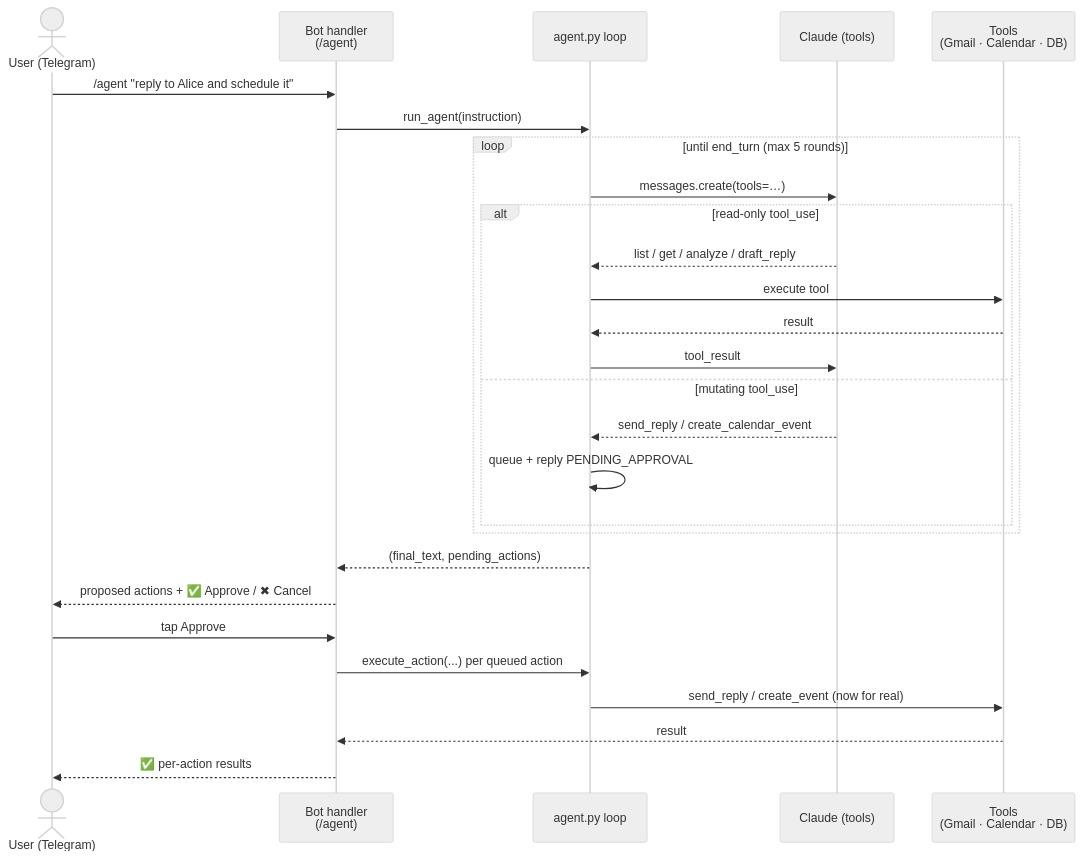
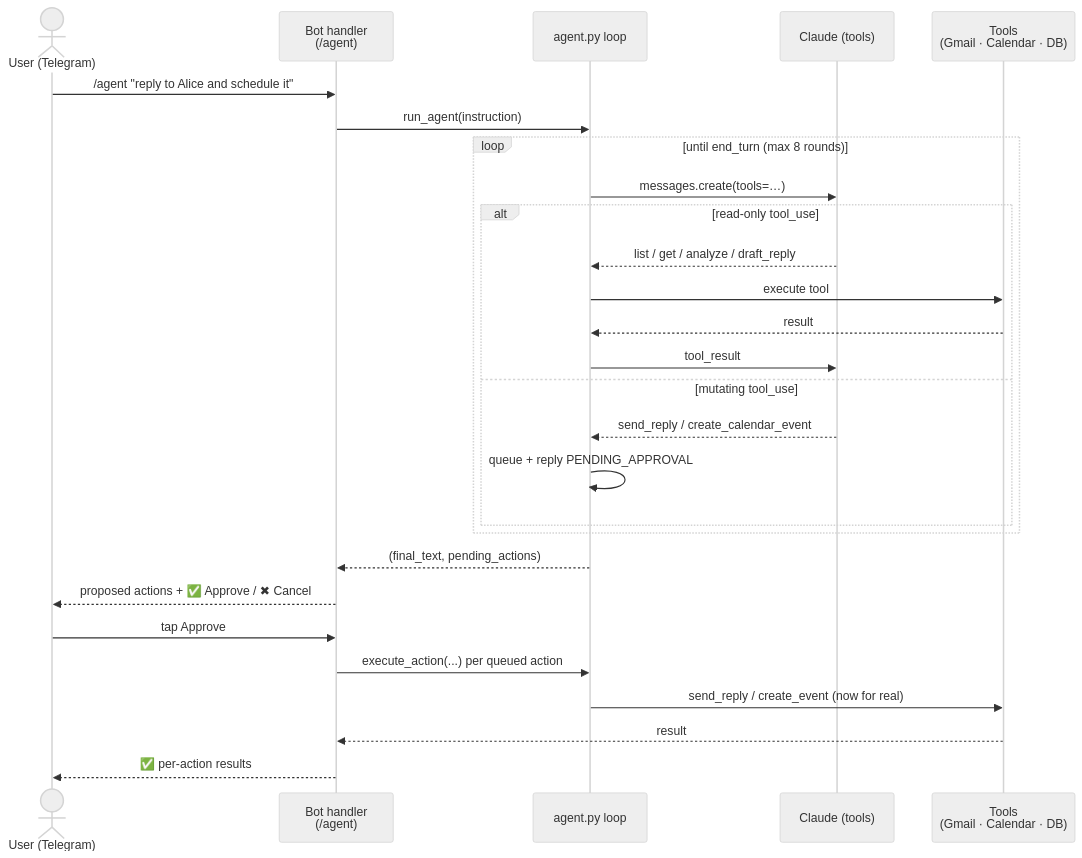
Before and after one commit to H1shamM/ai-email-copilot: the second of 2 diagrams in docs/ARCHITECTURE.md, drawn with Mermaid (neutral theme).

Commit message:
docs(architecture): bump agent loop iteration cap (5 → 8) to match code
The /agent sequence diagram in docs/ARCHITECTURE.md still showed
"max 5 rounds", but app/ai/agent.py has used MAX_ITERATIONS = 8 since
PR #62 (the /agent incomplete-response fix).

````diff
--- a/docs/ARCHITECTURE.md
+++ b/docs/ARCHITECTURE.md
@@ -88,30 +88,30 @@
 ```mermaid
 sequenceDiagram
     actor U as User (Telegram)
     participant B as Bot handler<br/>(/agent)
     participant A as agent.py loop
     participant C as Claude (tools)
     participant T as Tools<br/>(Gmail · Calendar · DB)
 
     U->>B: /agent "reply to Alice and schedule it"
     B->>A: run_agent(instruction)
-    loop until end_turn (max 5 rounds)
+    loop until end_turn (max 8 rounds)
         A->>C: messages.create(tools=…)
         alt read-only tool_use
             C-->>A: list / get / analyze / draft_reply
             A->>T: execute tool
             T-->>A: result
             A->>C: tool_result
         else mutating tool_use
             C-->>A: send_reply / create_calendar_event
             A->>A: queue + reply PENDING_APPROVAL
         end
     end
     A-->>B: (final_text, pending_actions)
     B-->>U: proposed actions + ✅ Approve / ✖ Cancel
     U->>B: tap Approve
     B->>A: execute_action(...) per queued action
     A->>T: send_reply / create_event (now for real)
     T-->>B: result
     B-->>U: ✅ per-action results
 ```
````
